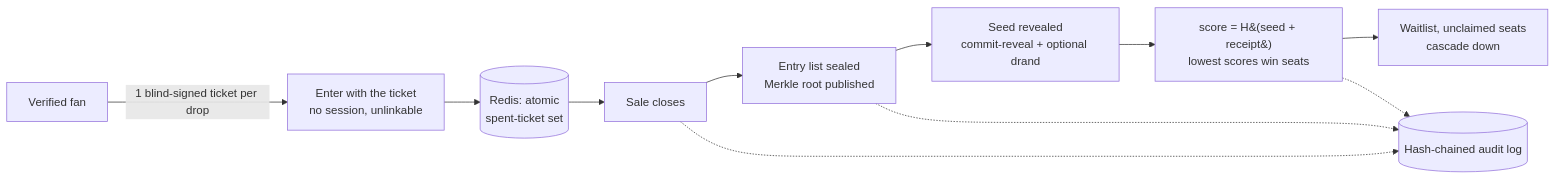
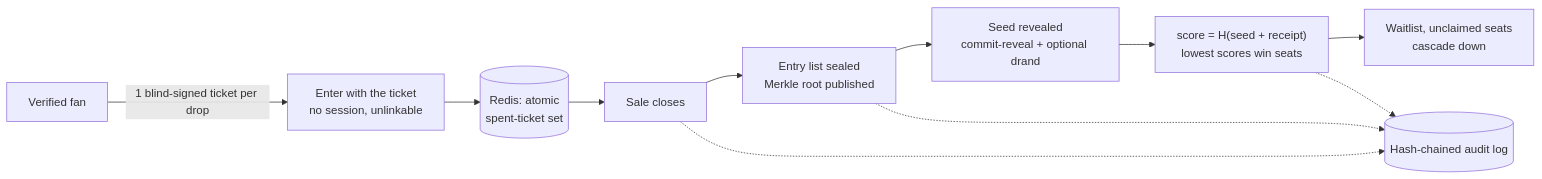
Before and after one commit to ratneshdagli/Fair-Drop: the first of 2 diagrams in README.md, drawn with Mermaid. The commit also changed other lines of this file and 1 other file, not shown here.

Commit message:
Fix README diagram rendering and add MIT license

````diff
--- a/README.md
+++ b/README.md
@@ -33,13 +33,13 @@
 ```mermaid
 flowchart LR
-    A[Verified fan] -->|1 blind-signed ticket per drop| B[Enter with the ticket<br/>no session, unlinkable]
-    B --> C[(Redis: atomic<br/>spent-ticket set)]
+    A[Verified fan] -->|1 blind-signed ticket per drop| B["Enter with the ticket<br/>no session, unlinkable"]
+    B --> C[("Redis: atomic<br/>spent-ticket set")]
     C --> D[Sale closes]
-    D --> E[Entry list sealed<br/>Merkle root published]
-    E --> F[Seed revealed<br/>commit-reveal + optional drand]
-    F --> G[score = H&#40;seed + receipt&#41;<br/>lowest scores win seats]
-    G --> H[Waitlist, unclaimed seats<br/>cascade down]
-    D -.-> I[(Hash-chained audit log)]
+    D --> E["Entry list sealed<br/>Merkle root published"]
+    E --> F["Seed revealed<br/>commit-reveal + optional drand"]
+    F --> G["score = H(seed + receipt)<br/>lowest scores win seats"]
+    G --> H["Waitlist, unclaimed seats<br/>cascade down"]
+    D -.-> I[("Hash-chained audit log")]
     E -.-> I
     G -.-> I
 ```
````
